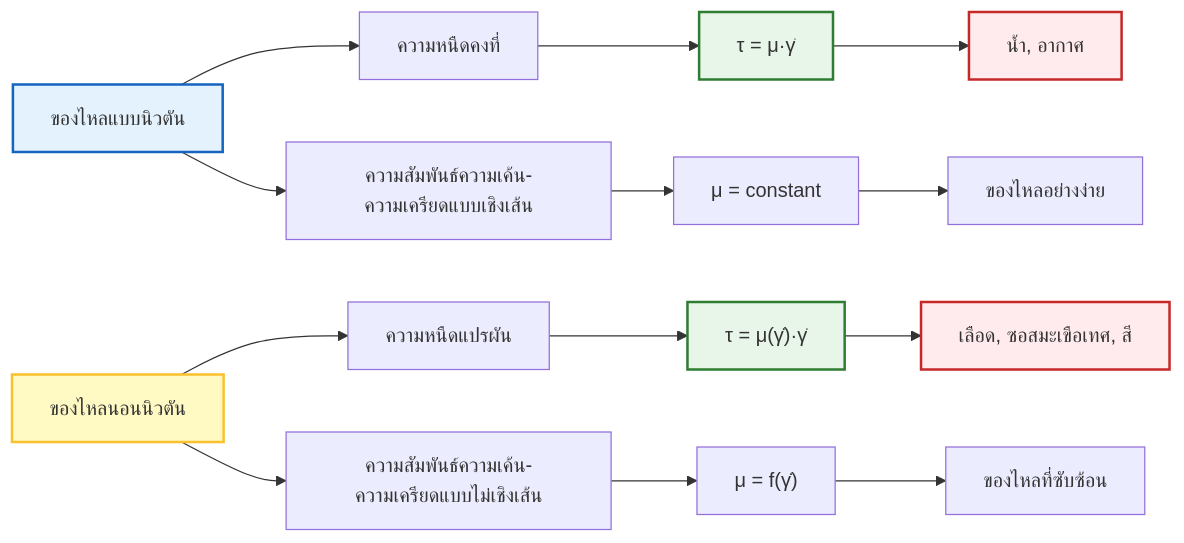
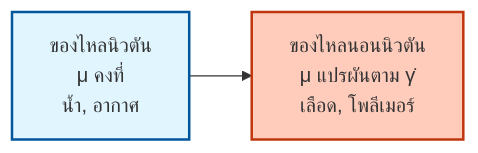
One commit to wramet/build-my-cfd changed the first of 4 diagrams in MODULE_06_ADVANCED_PHYSICS/CONTENT/04_NON_NEWTONIAN_FLUIDS/00_Overview.md. Above: the diagram before and after it, drawn with Mermaid. The commit also changed other lines of this file and 313 other files, not shown here.

Commit message:
Revise all diagram

````diff
--- a/MODULE_06_ADVANCED_PHYSICS/CONTENT/04_NON_NEWTONIAN_FLUIDS/00_Overview.md
+++ b/MODULE_06_ADVANCED_PHYSICS/CONTENT/04_NON_NEWTONIAN_FLUIDS/00_Overview.md
@@ -63,22 +63,10 @@
 ```mermaid
 graph LR
-    A["ของไหลแบบนิวตัน"] --> B["ความหนืดคงที่"]
-    A --> C["ความสัมพันธ์ความเค้น-ความเครียดแบบเชิงเส้น"]
-    D["ของไหลนอนนิวตัน"] --> E["ความหนืดแปรผัน"]
-    D --> F["ความสัมพันธ์ความเค้น-ความเครียดแบบไม่เชิงเส้น"]
-    B --> G["τ = μ·γ̇"]
-    E --> H["τ = μ(γ̇)·γ̇"]
-    C --> I["μ = constant"]
-    F --> J["μ = f(γ̇)"]
-    G --> K["น้ำ, อากาศ"]
-    H --> L["เลือด, ซอสมะเขือเทศ, สี"]
-    I --> M["ของไหลอย่างง่าย"]
-    J --> N["ของไหลที่ซับซ้อน"]
+classDef implicit fill:#e1f5fe,stroke:#01579b,stroke-width:2px
+classDef explicit fill:#ffccbc,stroke:#bf360c,stroke-width:2px
+classDef context fill:#f5f5f5,stroke:#616161,stroke-width:2px
+Newton["ของไหลนิวตัน<br/>μ คงที่<br/>น้ำ, อากาศ"]:::implicit
+NonNewton["ของไหลนอนนิวตัน<br/>μ แปรผันตาม γ̇<br/>เลือด, โพลีเมอร์"]:::explicit
 
-    style A fill:#e3f2fd,stroke:#1565c0,stroke-width:2px
-    style D fill:#fff9c4,stroke:#fbc02d,stroke-width:2px
-    style G fill:#e8f5e9,stroke:#2e7d32,stroke-width:2px
-    style H fill:#e8f5e9,stroke:#2e7d32,stroke-width:2px
-    style K fill:#ffebee,stroke:#c62828,stroke-width:2px
-    style L fill:#ffebee,stroke:#c62828,stroke-width:2px
+Newton --> NonNewton
 ```
````
